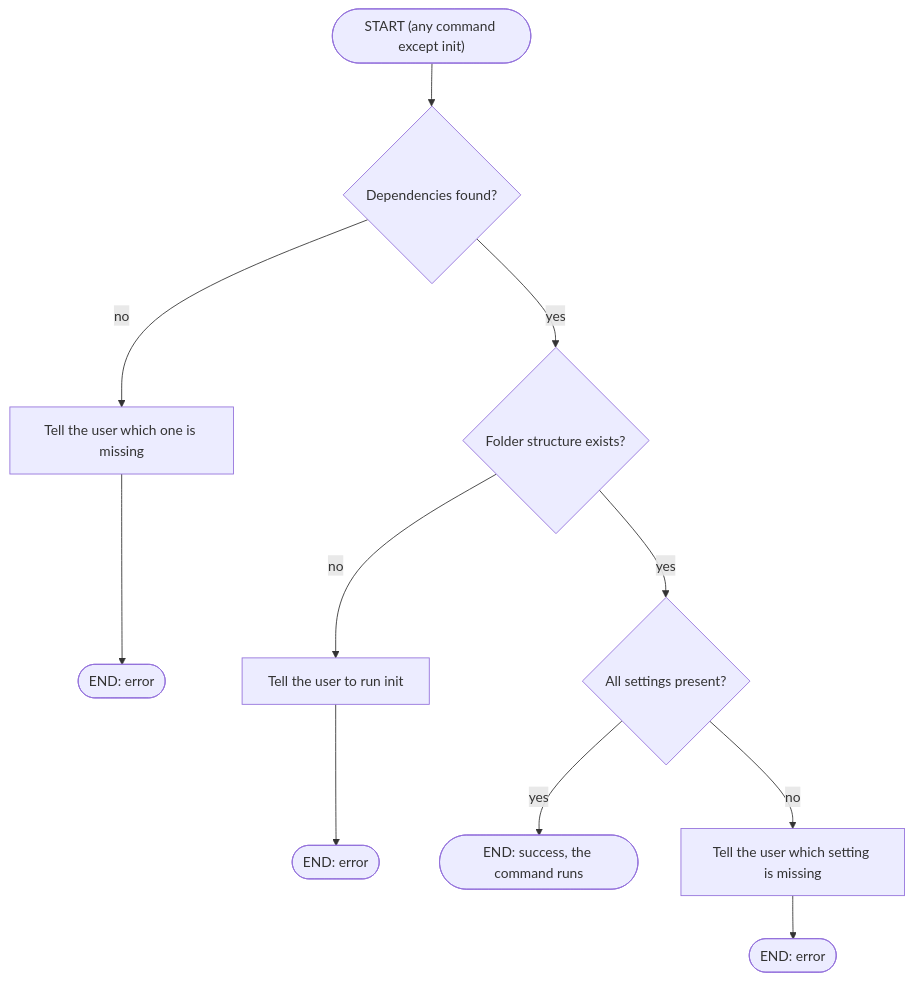
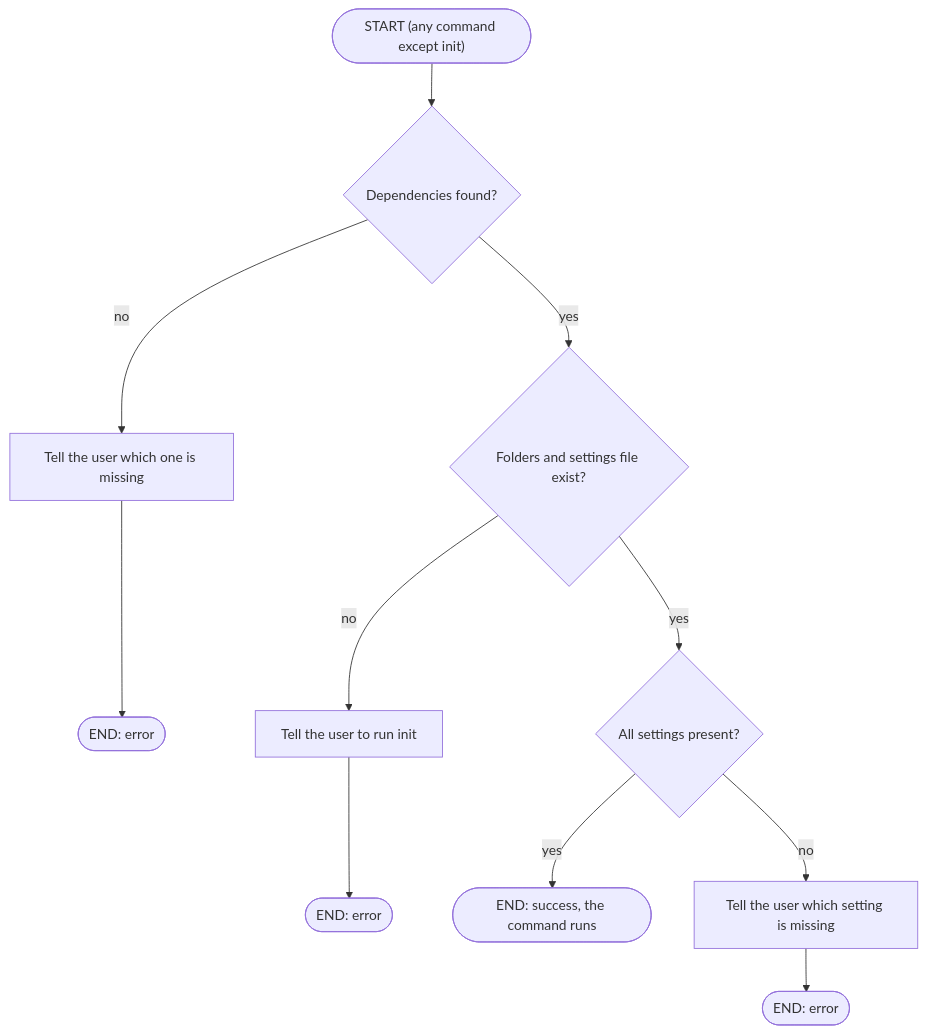
The diagram in docs/preflight-checks.md (hstefanov1/wiremockctl), drawn with Mermaid before and after one commit. The commit also changed 2 other files, not shown here.

Commit message:
feat: add script foundation with helpers and preflight checks

````diff
--- a/docs/preflight-checks.md
+++ b/docs/preflight-checks.md
@@ -7,15 +7,15 @@
 ```mermaid
 flowchart TD
   start(["START (any command except init)"]) --> deps{"Dependencies found?"}
-  deps -- yes --> dirs{"Folder structure exists?"}
+  deps -- yes --> dirs{"Folders and settings file exist?"}
   deps -- no --> error1["Tell the user which one is missing"]
   error1 --> end1(["END: error"])
 
   dirs -- yes --> config{"All settings present?"}
   dirs -- no --> error2["Tell the user to run init"]
   error2 --> end2(["END: error"])
 
   config -- yes --> end3(["END: success, the command runs"])
   config -- no --> error3["Tell the user which setting is missing"]
   error3 --> end4(["END: error"])
 ```
````
